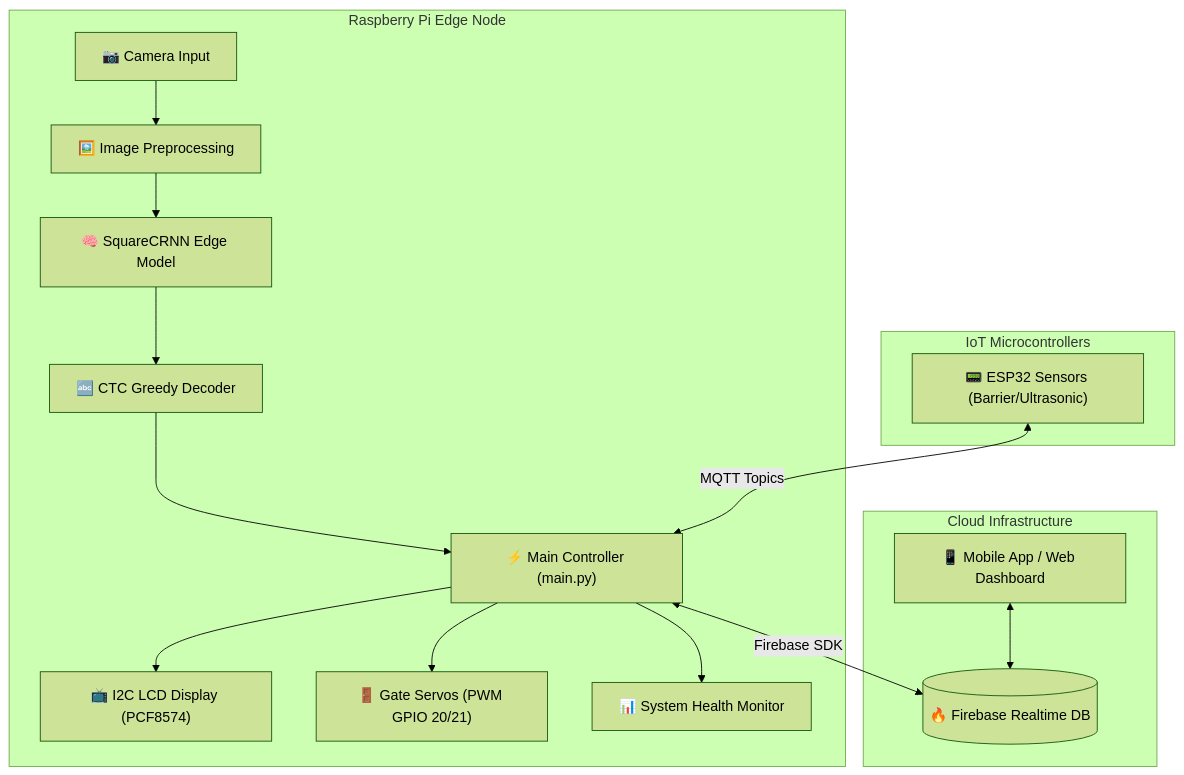
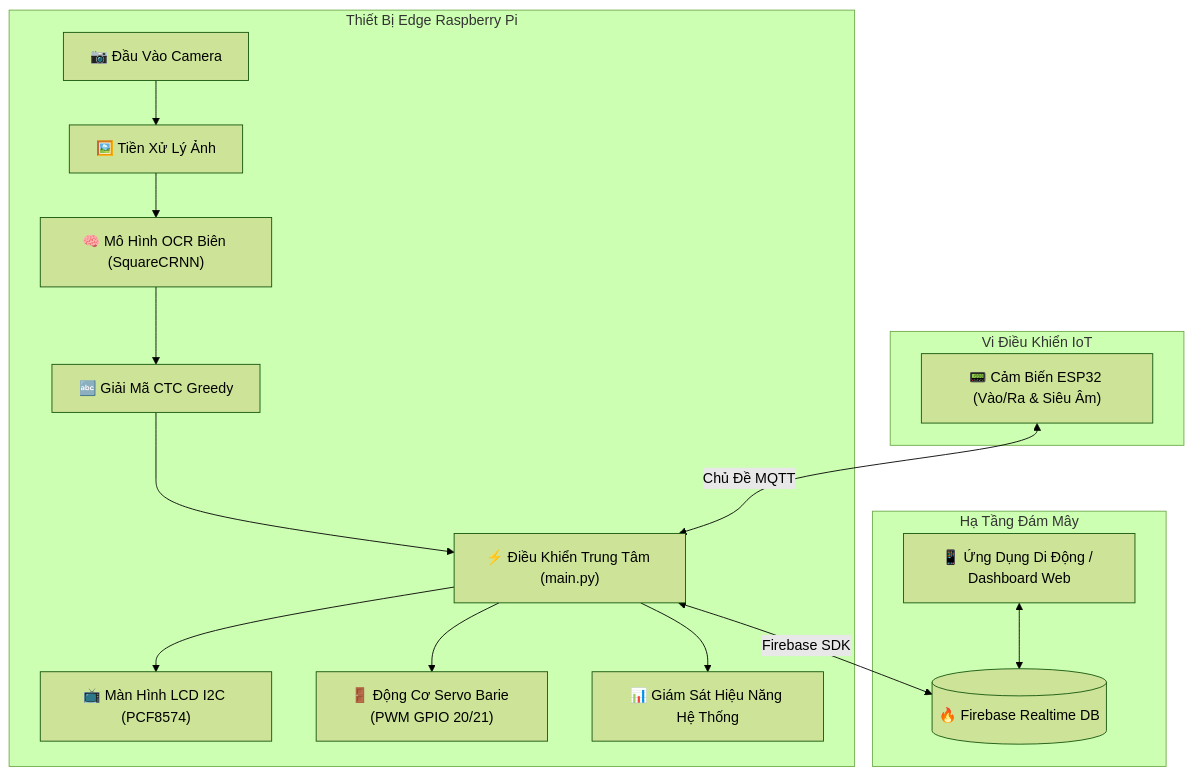
One commit to minhtenlado/EDGE_NODE changed the diagram in README.md. Above: the diagram before and after it, drawn with Mermaid (forest theme). The commit also changed other lines of this file, not shown here.

````diff
--- a/README.md
+++ b/README.md
@@ -17,24 +17,24 @@
 ```mermaid
 graph TD
-    subgraph Edge Hardware ["Raspberry Pi Edge Node"]
-        CAM["📷 Camera Input"] --> PREP["🖼️ Image Preprocessing"]
-        PREP --> INFER["🧠 SquareCRNN Edge Model"]
-        INFER --> CTC["🔤 CTC Greedy Decoder"]
+    subgraph Edge Hardware ["Thiết Bị Edge Raspberry Pi"]
+        CAM["📷 Đầu Vào Camera"] --> PREP["🖼️ Tiền Xử Lý Ảnh"]
+        PREP --> INFER["🧠 Mô Hình OCR Biên (SquareCRNN)"]
+        INFER --> CTC["🔤 Giải Mã CTC Greedy"]
         
-        MAIN["⚡ Main Controller (main.py)"]
+        MAIN["⚡ Điều Khiển Trung Tâm (main.py)"]
         CTC --> MAIN
         
-        MAIN --> LCD["📺 I2C LCD Display (PCF8574)"]
-        MAIN --> SERVO["🚪 Gate Servos (PWM GPIO 20/21)"]
-        MAIN --> MON["📊 System Health Monitor"]
+        MAIN --> LCD["📺 Màn Hình LCD I2C (PCF8574)"]
+        MAIN --> SERVO["🚪 Động Cơ Servo Barie (PWM GPIO 20/21)"]
+        MAIN --> MON["📊 Giám Sát Hiệu Năng Hệ Thống"]
     end
     
-    subgraph IoT Microcontrollers
-        ESP32["📟 ESP32 Sensors (Barrier/Ultrasonic)"] <-->|MQTT Topics| MAIN
+    subgraph Vi Điều Khiển IoT
+        ESP32["📟 Cảm Biến ESP32 (Vào/Ra & Siêu Âm)"] <-->|Chủ Đề MQTT| MAIN
     end
 
-    subgraph Cloud Infrastructure
+    subgraph Hạ Tầng Đám Mây
         MAIN <-->|Firebase SDK| FB[("🔥 Firebase Realtime DB")]
-        WEB["📱 Mobile App / Web Dashboard"] <--> FB
+        WEB["📱 Ứng Dụng Di Động / Dashboard Web"] <--> FB
     end
 ```
````
